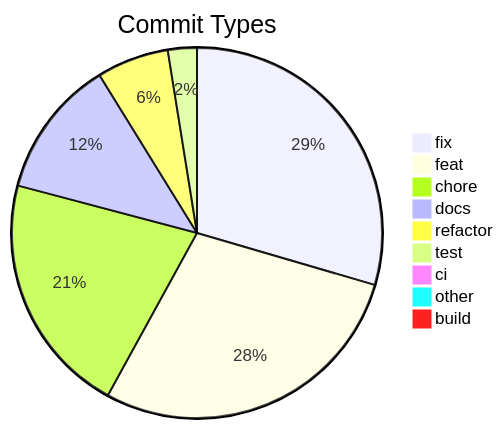
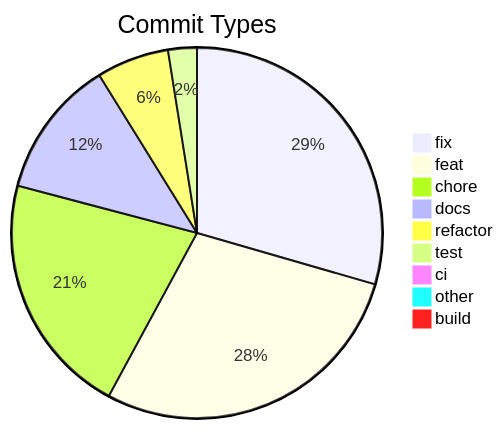
Before and after one commit to svenroth-ai/shipwright: the diagram in .shipwright/compliance/change-history.md, drawn with Mermaid. The commit also changed other lines of this file and 35 other files, not shown here.

````diff
--- a/.shipwright/compliance/change-history.md
+++ b/.shipwright/compliance/change-history.md
@@ -10,12 +10,12 @@
 ```mermaid
 pie title Commit Types
-    "fix" : 362
-    "feat" : 349
-    "chore" : 259
-    "docs" : 148
-    "refactor" : 77
+    "fix" : 364
+    "feat" : 351
+    "chore" : 262
+    "docs" : 149
+    "refactor" : 78
     "test" : 31
     "ci" : 11
     "other" : 9
     "build" : 1
 ```
````
